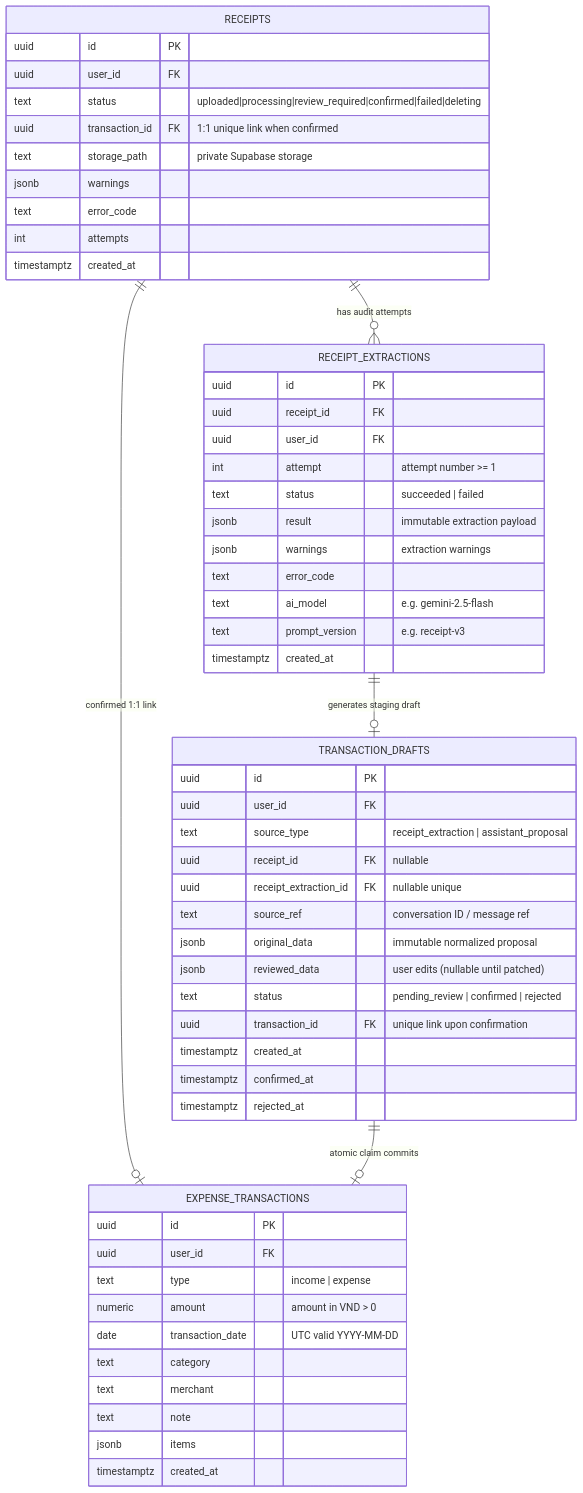
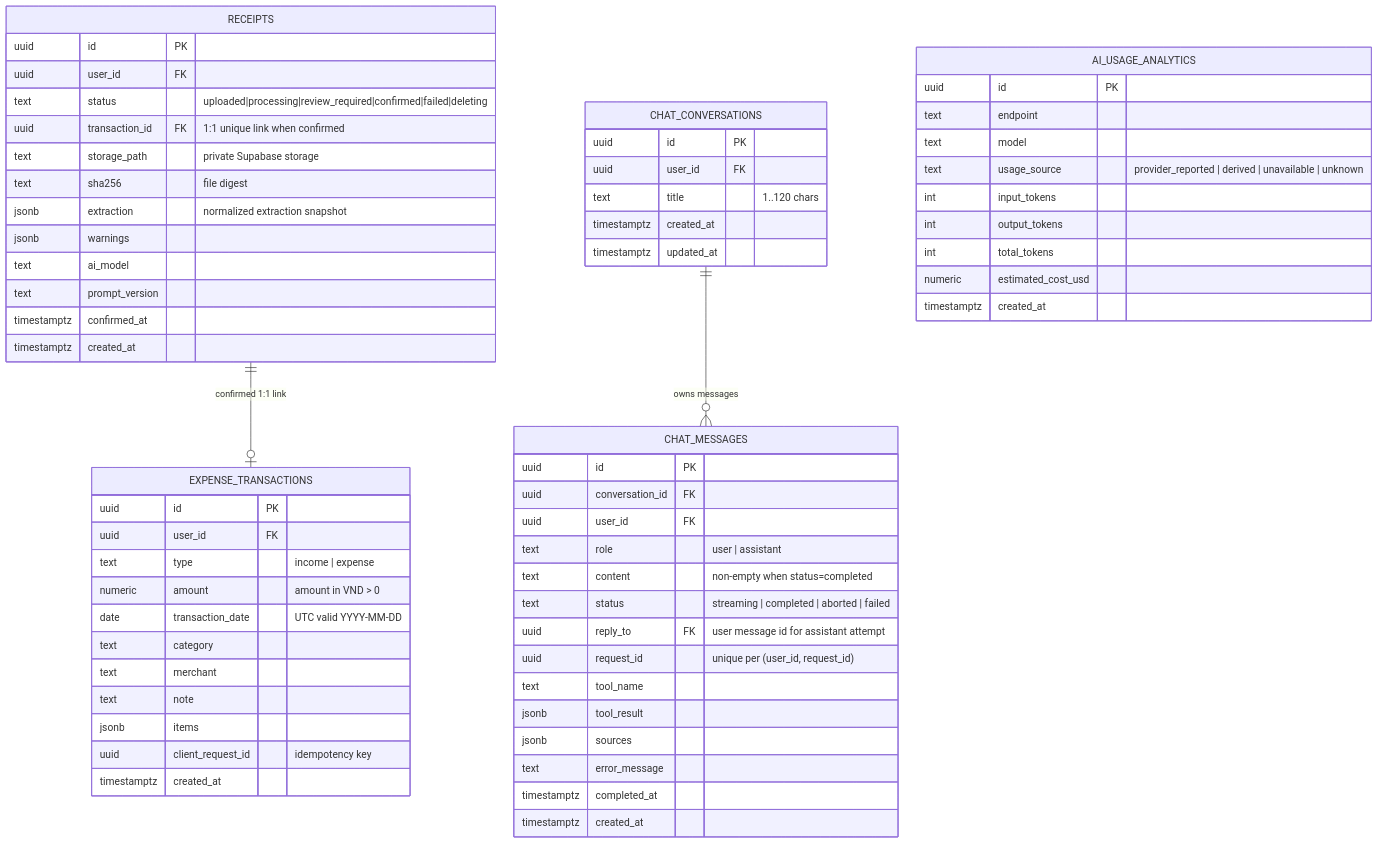
Before and after one commit to PhongUTE19/MTSE_Final: the second of 7 diagrams in docs/engineering/architecture.md, drawn with Mermaid. The commit also changed other lines of this file and 207 other files, not shown here.

````diff
--- a/docs/engineering/architecture.md
+++ b/docs/engineering/architecture.md
@@ -192,62 +192,71 @@
 ```mermaid
 erDiagram
-    RECEIPTS ||--o{ RECEIPT_EXTRACTIONS : "has audit attempts"
-    RECEIPTS ||--o| EXPENSE_TRANSACTIONS : "confirmed 1:1 link"
-    RECEIPT_EXTRACTIONS ||--o| TRANSACTION_DRAFTS : "generates staging draft"
-    TRANSACTION_DRAFTS ||--o| EXPENSE_TRANSACTIONS : "atomic claim commits"
-
     EXPENSE_TRANSACTIONS {
         uuid id PK
         uuid user_id FK
         text type "income | expense"
         numeric amount "amount in VND > 0"
         date transaction_date "UTC valid YYYY-MM-DD"
         text category
         text merchant
         text note
         jsonb items
+        uuid client_request_id "idempotency key"
         timestamptz created_at
     }
 
     RECEIPTS {
         uuid id PK
         uuid user_id FK
         text status "uploaded|processing|review_required|confirmed|failed|deleting"
         uuid transaction_id FK "1:1 unique link when confirmed"
         text storage_path "private Supabase storage"
+        text sha256 "file digest"
+        jsonb extraction "normalized extraction snapshot"
         jsonb warnings
-        text error_code
-        int attempts
+        text ai_model
+        text prompt_version
+        timestamptz confirmed_at
         timestamptz created_at
     }
 
-    RECEIPT_EXTRACTIONS {
+    CHAT_CONVERSATIONS {
         uuid id PK
-        uuid receipt_id FK
         uuid user_id FK
-        int attempt "attempt number >= 1"
-        text status "succeeded | failed"
-        jsonb result "immutable extraction payload"
-        jsonb warnings "extraction warnings"
-        text error_code
-        text ai_model "e.g. gemini-2.5-flash"
-        text prompt_version "e.g. receipt-v3"
+        text title "1..120 chars"
+        timestamptz created_at
+        timestamptz updated_at
+    }
+
+    CHAT_MESSAGES {
+        uuid id PK
+        uuid conversation_id FK
+        uuid user_id FK
+        text role "user | assistant"
+        text content "non-empty when status=completed"
+        text status "streaming | completed | aborted | failed"
+        uuid reply_to FK "user message id for assistant attempt"
+        uuid request_id "unique per (user_id, request_id)"
+        text tool_name
+        jsonb tool_result
+        jsonb sources
+        text error_message
+        timestamptz completed_at
         timestamptz created_at
     }
 
-    TRANSACTION_DRAFTS {
+    AI_USAGE_ANALYTICS {
         uuid id PK
-        uuid user_id FK
-        text source_type "receipt_extraction | assistant_proposal"
-        uuid receipt_id FK "nullable"
-        uuid receipt_extraction_id FK "nullable unique"
-        text source_ref "conversation ID / message ref"
-        jsonb original_data "immutable normalized proposal"
-        jsonb reviewed_data "user edits (nullable until patched)"
-        text status "pending_review | confirmed | rejected"
-        uuid transaction_id FK "unique link upon confirmation"
+        text endpoint
+        text model
+        text usage_source "provider_reported | derived | unavailable | unknown"
+        int input_tokens
+        int output_tokens
+        int total_tokens
+        numeric estimated_cost_usd
         timestamptz created_at
-        timestamptz confirmed_at
-        timestamptz rejected_at
     }
+
+    RECEIPTS ||--o| EXPENSE_TRANSACTIONS : "confirmed 1:1 link"
+    CHAT_CONVERSATIONS ||--o{ CHAT_MESSAGES : "owns messages"
 ```
````
